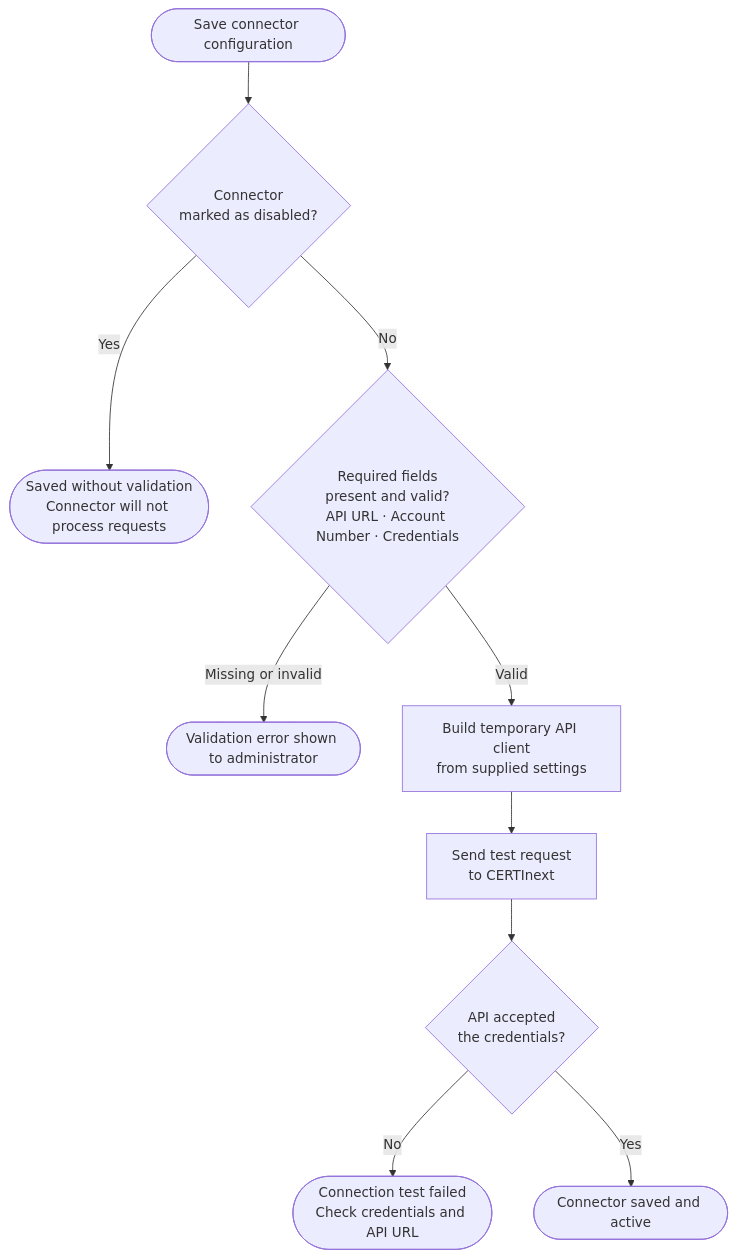
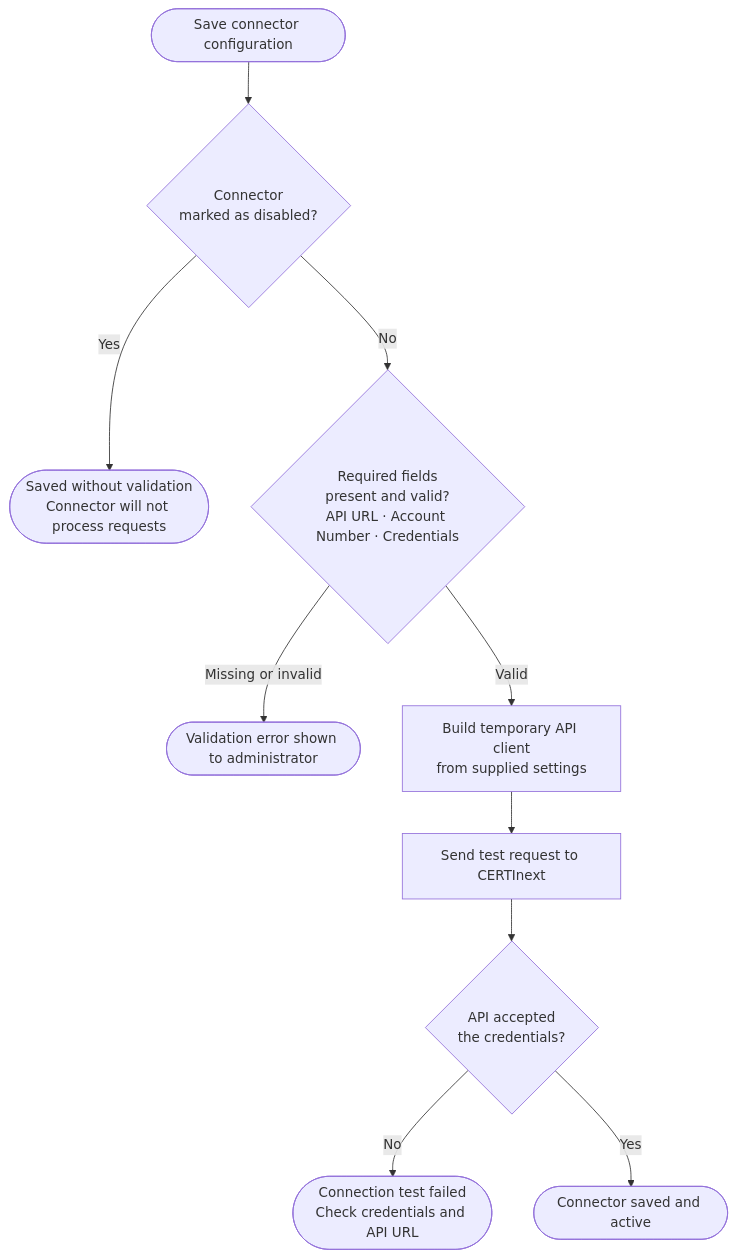
The sixth of 6 diagrams in README.md (Keyfactor/certinext-caplugin), drawn with Mermaid before and after one commit. The commit also changed other lines of this file and 1 other file, not shown here.

First line of the commit message:
docs: remove compliance claims and fix Mermaid diagram line breaks (#12)

````diff
--- a/README.md
+++ b/README.md
@@ -555,12 +555,12 @@
 ```mermaid
 flowchart TD
-    A([Save connector configuration]) --> B{Connector\nmarked as disabled?}
-    B -- Yes --> C([Saved without validation\nConnector will not process requests])
-    B -- No --> D{Required fields\npresent and valid?\nAPI URL · Account Number · Credentials}
+    A([Save connector configuration]) --> B{"Connector<br/>marked as disabled?"}
+    B -- Yes --> C(["Saved without validation<br/>Connector will not process requests"])
+    B -- No --> D{"Required fields<br/>present and valid?<br/>API URL · Account Number · Credentials"}
     D -- Missing or invalid --> E([Validation error shown to administrator])
-    D -- Valid --> F[Build temporary API client\nfrom supplied settings]
-    F --> G[Send test request\nto CERTInext]
-    G --> H{API accepted\nthe credentials?}
-    H -- No --> I([Connection test failed\nCheck credentials and API URL])
+    D -- Valid --> F["Build temporary API client<br/>from supplied settings"]
+    F --> G[Send test request to CERTInext]
+    G --> H{"API accepted<br/>the credentials?"}
+    H -- No --> I(["Connection test failed<br/>Check credentials and API URL"])
     H -- Yes --> J([Connector saved and active])
 ```
````
